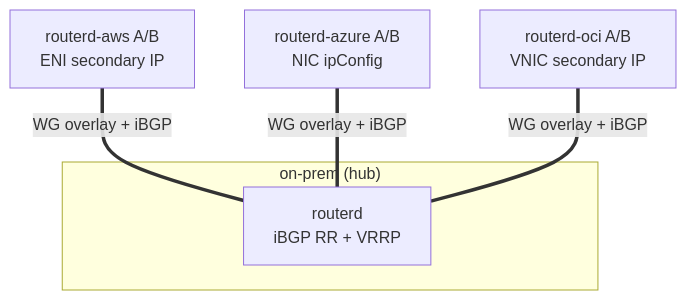
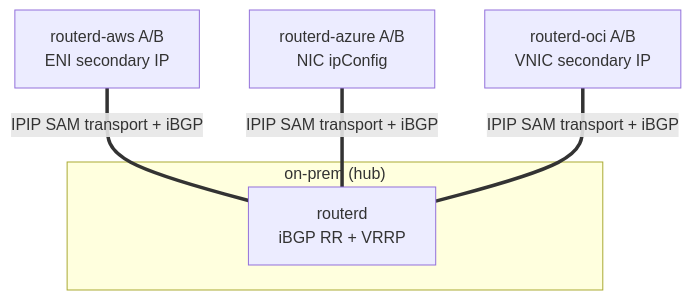
One commit to imksoo/routerd changed the first of 3 diagrams in docs/slides/cloudedge-sam-phase-g.md. Above: the diagram before and after it, drawn with Mermaid. The commit also changed other lines of this file and 50 other files, not shown here.

````diff
--- a/docs/slides/cloudedge-sam-phase-g.md
+++ b/docs/slides/cloudedge-sam-phase-g.md
@@ -56,12 +56,12 @@
 ```mermaid
 graph TB
   subgraph onprem["on-prem (hub)"]
     RR["routerd<br/>iBGP RR + VRRP"]
   end
   AWS["routerd-aws A/B<br/>ENI secondary IP"]
   AZ["routerd-azure A/B<br/>NIC ipConfig"]
   OCI["routerd-oci A/B<br/>VNIC secondary IP"]
-  AWS ===|"WG overlay + iBGP"| RR
-  AZ  ===|"WG overlay + iBGP"| RR
-  OCI ===|"WG overlay + iBGP"| RR
+  AWS ===|"IPIP SAM transport + iBGP"| RR
+  AZ  ===|"IPIP SAM transport + iBGP"| RR
+  OCI ===|"IPIP SAM transport + iBGP"| RR
 ```
````
